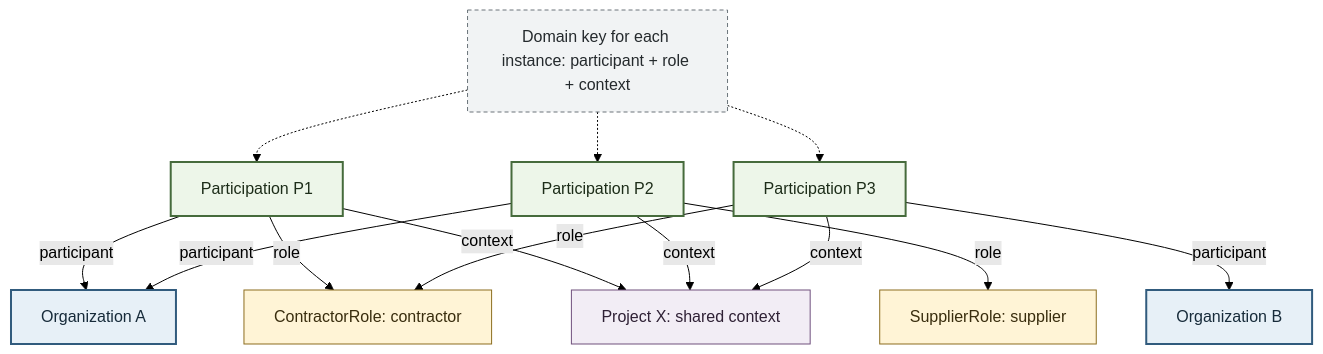
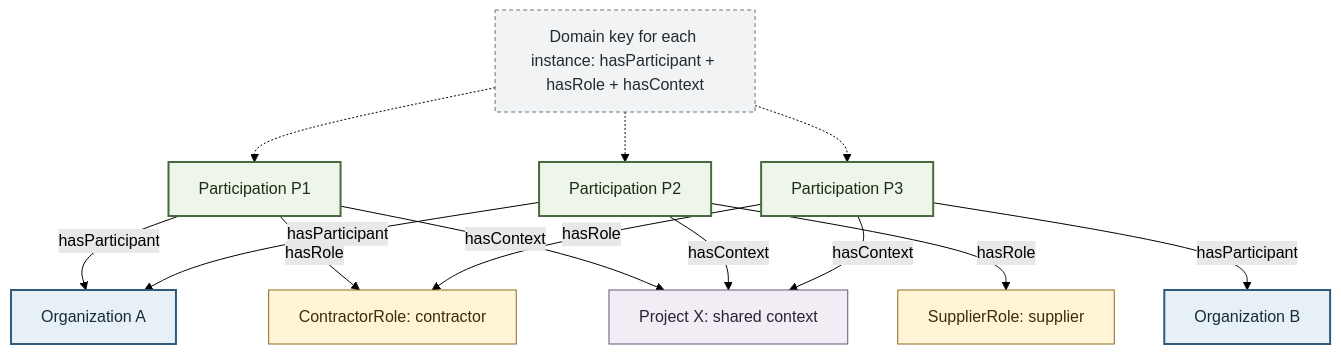
One commit to project-construct-x/constructx-ontologies changed the second of 6 diagrams in modules/core/participation/docs/diagrams/participation-concept-model.md. Above: the diagram before and after it, drawn with Mermaid (forest theme). The commit also changed other lines of this file and 43 other files, not shown here.

````diff
--- a/modules/core/participation/docs/diagrams/participation-concept-model.md
+++ b/modules/core/participation/docs/diagrams/participation-concept-model.md
@@ -65,42 +65,42 @@
 ```mermaid
 flowchart TB
     AgentA["Organization A"]
     AgentB["Organization B"]
     Project["Project X: shared context"]
 
     P1["Participation P1"]
     P2["Participation P2"]
     P3["Participation P3"]
 
     Contractor["ContractorRole: contractor"]
     Supplier["SupplierRole: supplier"]
 
-    P1 -->|"participant"| AgentA
-    P1 -->|"role"| Contractor
-    P1 -->|"context"| Project
+    P1 -->|"hasParticipant"| AgentA
+    P1 -->|"hasRole"| Contractor
+    P1 -->|"hasContext"| Project
 
-    P2 -->|"participant"| AgentA
-    P2 -->|"role"| Supplier
-    P2 -->|"context"| Project
+    P2 -->|"hasParticipant"| AgentA
+    P2 -->|"hasRole"| Supplier
+    P2 -->|"hasContext"| Project
 
-    P3 -->|"participant"| AgentB
-    P3 -->|"role"| Contractor
-    P3 -->|"context"| Project
+    P3 -->|"hasParticipant"| AgentB
+    P3 -->|"hasRole"| Contractor
+    P3 -->|"hasContext"| Project
 
-    Unique["Domain key for each instance: participant + role + context"]
+    Unique["Domain key for each instance: hasParticipant + hasRole + hasContext"]
     Unique -.-> P1
     Unique -.-> P2
     Unique -.-> P3
 
     classDef agent fill:#e7f0f7,stroke:#315b7d,color:#172b3a,stroke-width:2px;
     classDef participation fill:#edf6e9,stroke:#466b3c,color:#1d2d19,stroke-width:2px;
     classDef role fill:#fff4d6,stroke:#8c6d1f,color:#392d0e;
     classDef context fill:#f2edf5,stroke:#70517d,color:#2f2135;
     classDef note fill:#f1f3f4,stroke:#6b747a,color:#252a2d,stroke-dasharray:4 3;
 
     class AgentA,AgentB agent;
     class P1,P2,P3 participation;
     class Contractor,Supplier role;
     class Project context;
     class Unique note;
 ```
````
